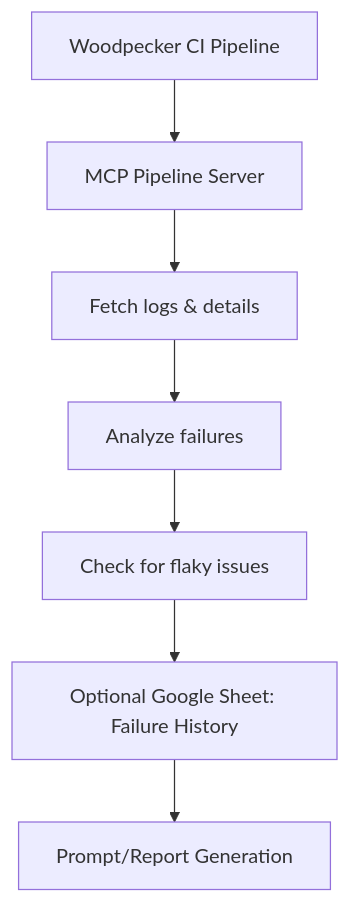
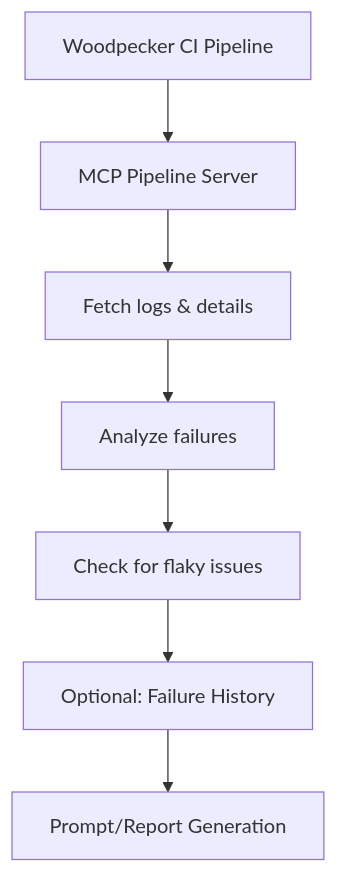
The diagram in README.md (aman-11/woodpecker-mcp-server), drawn with Mermaid before and after one commit. The commit also changed other lines of this file and 6 other files, not shown here.

````diff
--- a/README.md
+++ b/README.md
@@ -14,9 +13,9 @@
 ```mermaid
 flowchart TD
     A[Woodpecker CI Pipeline] --> B[MCP Pipeline Server]
     B --> C[Fetch logs & details]
     C --> D[Analyze failures]
     D --> E[Check for flaky issues]
-    E --> F[Optional Google Sheet: Failure History]
+    E --> F[Optional: Failure History]
     F --> G[Prompt/Report Generation]
 ```
````
